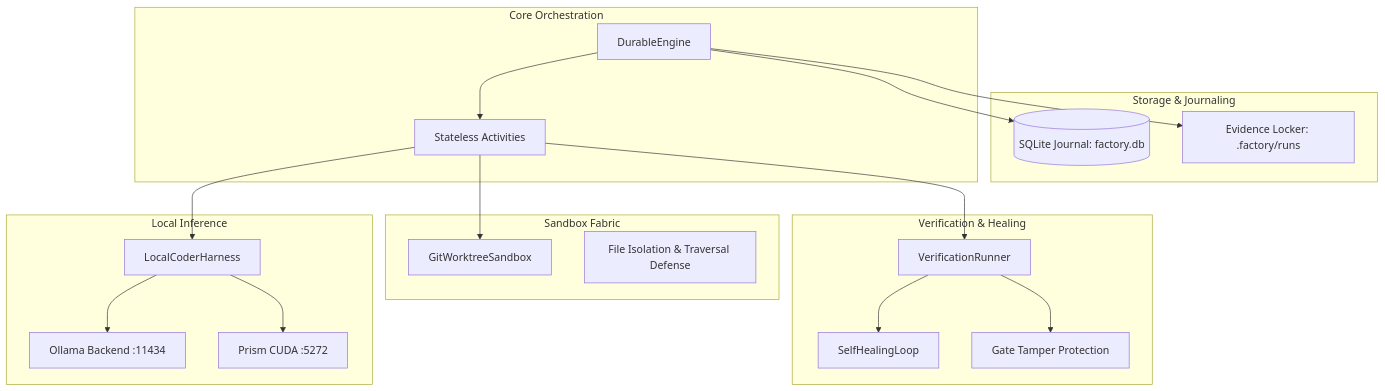
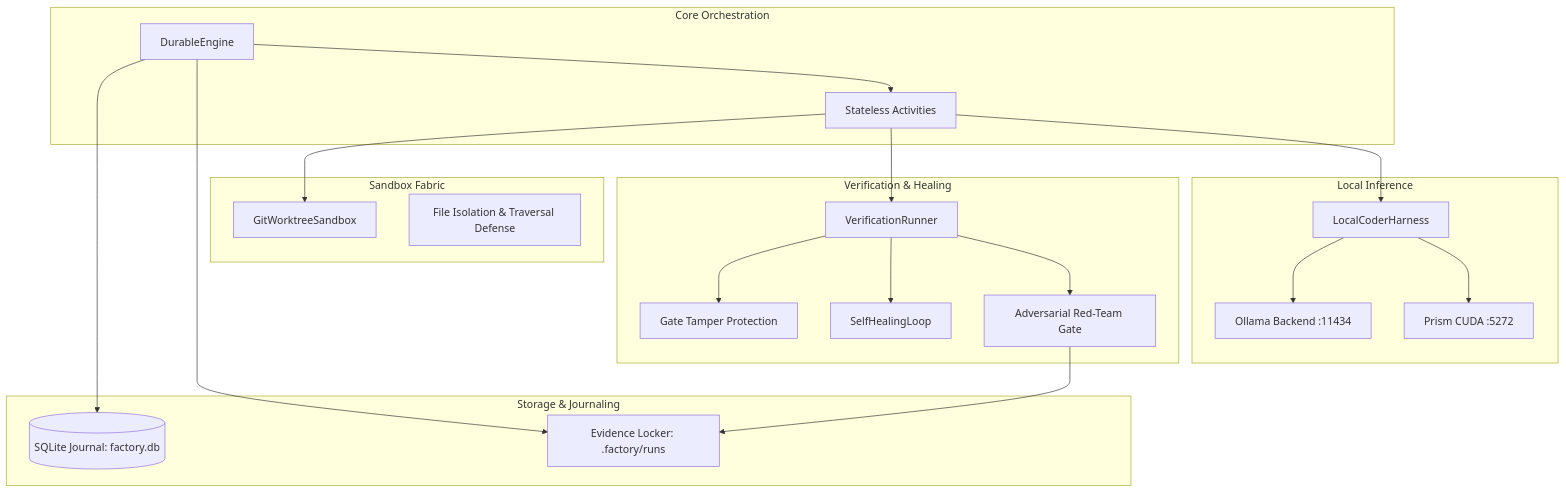
The diagram in docs/architecture.md (senssei/local-dark-factory), drawn with Mermaid before and after one commit. The commit also changed other lines of this file and 50 other files, not shown here.

````diff
--- a/docs/architecture.md
+++ b/docs/architecture.md
@@ -9,40 +9,43 @@
 ```mermaid
 graph TD
     subgraph Storage & Journaling
         DB[(SQLite Journal: factory.db)]
         EL[Evidence Locker: .factory/runs]
     end
 
     subgraph Core Orchestration
         ENG[DurableEngine]
         ACT[Stateless Activities]
     end
 
     subgraph Sandbox Fabric
         WT[GitWorktreeSandbox]
         FS[File Isolation & Traversal Defense]
     end
 
     subgraph Verification & Healing
         VR[VerificationRunner]
         SHL[SelfHealingLoop]
         GTR[Gate Tamper Protection]
+        ADV[Adversarial Red-Team Gate]
     end
 
     subgraph Local Inference
         LCH[LocalCoderHarness]
         OLL[Ollama Backend :11434]
         PRM[Prism CUDA :5272]
     end
 
     ENG --> DB
     ENG --> EL
     ENG --> ACT
     ACT --> WT
     ACT --> VR
     ACT --> LCH
     LCH --> OLL
     LCH --> PRM
     VR --> GTR
     VR --> SHL
+    VR --> ADV
+    ADV --> EL
 ```
````
